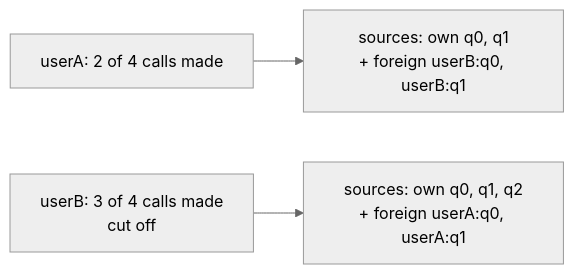
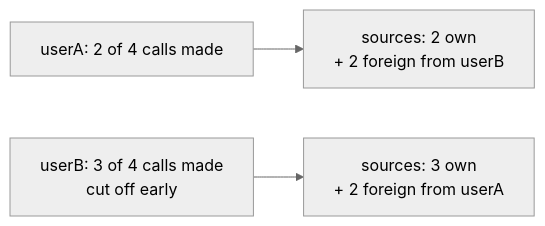
The first of 2 diagrams in docs/blog/posts/contextvars.md (cpumarfrohberg/first_try_landed), drawn with Mermaid (neutral theme) before and after one commit. The commit also changed other lines of this file, not shown here.

First line of the commit message:
Remove duplicate race timeline and clarify mermaid diagram

````diff
--- a/docs/blog/posts/contextvars.md
+++ b/docs/blog/posts/contextvars.md
@@ -60,5 +51,5 @@
 ```mermaid
 flowchart LR
-    A[userA: 2 of 4 calls made] --> B[sources: own q0, q1\n+ foreign userB:q0, userB:q1]
-    C[userB: 3 of 4 calls made\ncut off] --> D[sources: own q0, q1, q2\n+ foreign userA:q0, userA:q1]
+    A[userA: 2 of 4 calls made] --> B[sources: 2 own\n+ 2 foreign from userB]
+    C[userB: 3 of 4 calls made\ncut off early] --> D[sources: 3 own\n+ 2 foreign from userA]
 ```
````
